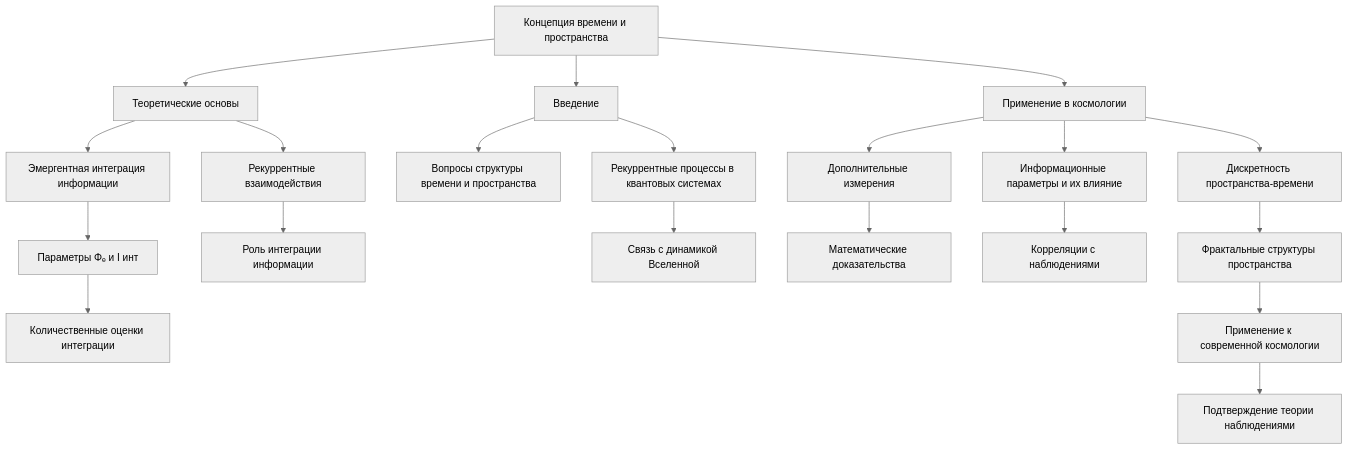
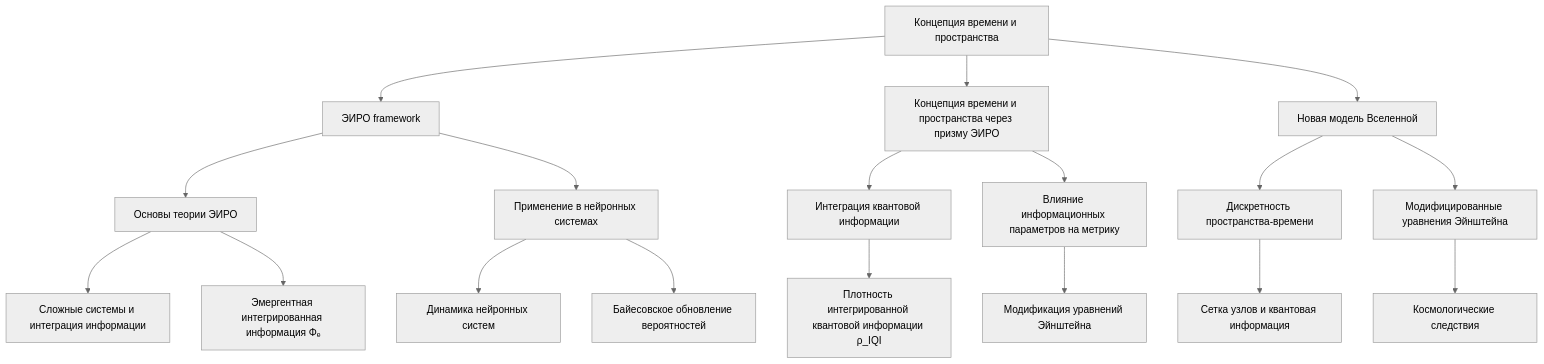
One commit to commeta/consciousness changed the diagram in The-concept-of-time-and-space.md. Above: the diagram before and after it, drawn with Mermaid (neutral theme). The commit also changed other lines of this file, not shown here.

````diff
--- a/The-concept-of-time-and-space.md
+++ b/The-concept-of-time-and-space.md
@@ -3,27 +3,29 @@
 ```mermaid
 graph TD
-    A[Концепция времени и пространства] --> C[Теоретические основы]
-    A --> D[Введение]
-    A --> E[Применение в космологии]
+    A[Концепция времени и пространства] --> D[ЭИРО framework]
+    A --> E[Концепция времени и пространства через призму ЭИРО]
+    A --> F[Новая модель Вселенной]
+    
+    D --> O[Основы теории ЭИРО]
+    D --> P[Применение в нейронных системах]
 
-    C --> F[Эмергентная интеграция информации]
-    C --> G[Рекуррентные взаимодействия]
-    F --> H[Параметры Φₑ и I инт]
-    G --> I[Роль интеграции информации]
+    O --> Q[Сложные системы и интеграция информации]
+    O --> R[Эмергентная интегрированная информация Φₑ]
 
-    D --> J[Вопросы структуры времени и пространства]
-    D --> K[Рекуррентные процессы в квантовых системах]
+    P --> S[Динамика нейронных систем]
+    P --> T[Байесовское обновление вероятностей]
 
-    E --> L[Дискретность пространства-времени]
-    E --> M[Дополнительные измерения]
-    E --> N[Информационные параметры и их влияние]
+    E --> U[Интеграция квантовой информации]
+    E --> V[Влияние информационных параметров на метрику]
 
-    H --> O[Количественные оценки интеграции]
-    K --> P[Связь с динамикой Вселенной]
-    M --> Q[Математические доказательства]
-    N --> R[Корреляции с наблюдениями]
+    U --> W[Плотность интегрированной квантовой информации ρ_IQI]
+    
+    V --> X[Модификация уравнений Эйнштейна]
 
-    L --> S[Фрактальные структуры пространства]
-    S --> T[Применение к современной космологии]
-    T --> U[Подтверждение теории наблюдениями]
+    F --> Y[Дискретность пространства-времени]
+    F --> Z[Модифицированные уравнения Эйнштейна]
+
+    Y --> AA[Сетка узлов и квантовая информация]
+    
+    Z --> AB[Космологические следствия]
 ```
````
